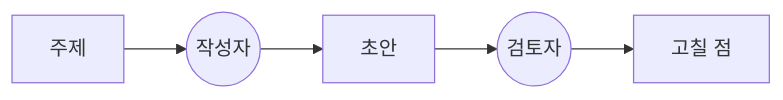
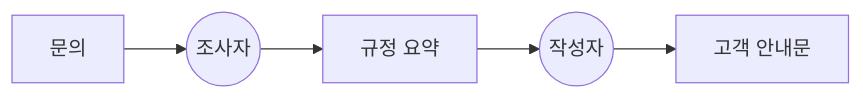
Before and after one commit to devjune/ai-study: the eighth of 22 diagrams in docs/phase2/Spring AI로 구현하는 에이전틱 패턴.md, drawn with Mermaid. The commit also changed other lines of this file and 5 other files, not shown here.

````diff
--- a/docs/phase2/Spring AI로 구현하는 에이전틱 패턴.md
+++ b/docs/phase2/Spring AI로 구현하는 에이전틱 패턴.md
@@ -358,7 +337,7 @@
 ```mermaid
 flowchart LR
-    T[주제] --> M1((작성자))
-    M1 --> D[초안]
-    D --> M2((검토자))
-    M2 --> R[고칠 점]
+    T[문의] --> M1((조사자))
+    M1 --> D[규정 요약]
+    D --> M2((작성자))
+    M2 --> R[고객 안내문]
 ```
````
